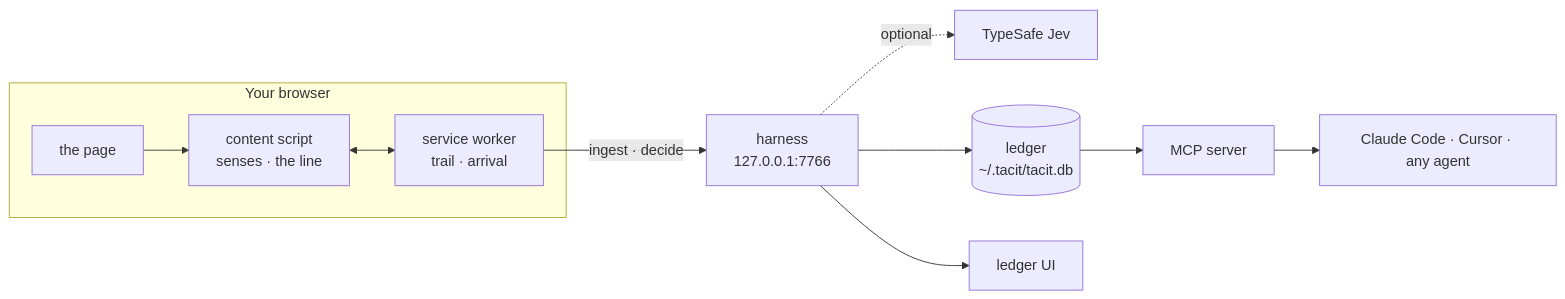
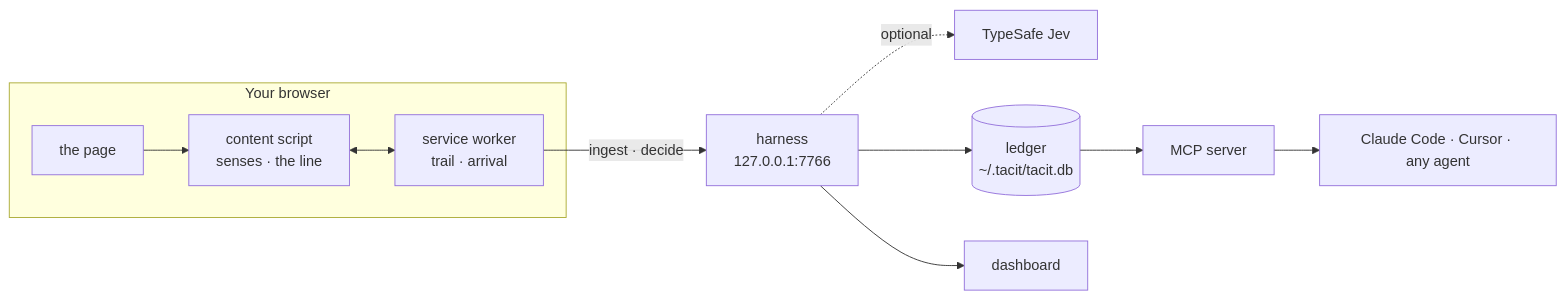
One commit to wujiajunhahah/tacit changed the diagram in README.md. Above: the diagram before and after it, drawn with Mermaid. The commit also changed other lines of this file and 104 other files, not shown here.

First line of the commit message:
Reading attention, X timelines, calibration and the context library

````diff
--- a/README.md
+++ b/README.md
@@ -145,13 +148,13 @@
 ```mermaid
 flowchart LR
   subgraph browser["Your browser"]
     page["the page"] --> cs["content script<br/>senses · the line"]
     cs <--> sw["service worker<br/>trail · arrival"]
   end
   sw -->|ingest · decide| harness["harness<br/>127.0.0.1:7766"]
   harness -.->|optional| jev["TypeSafe Jev"]
   harness --> ledger[("ledger<br/>~/.tacit/tacit.db")]
-  harness --> ui["ledger UI"]
+  harness --> ui["dashboard"]
   ledger --> mcp["MCP server"]
   mcp --> agents["Claude Code · Cursor · any agent"]
 ```
````
